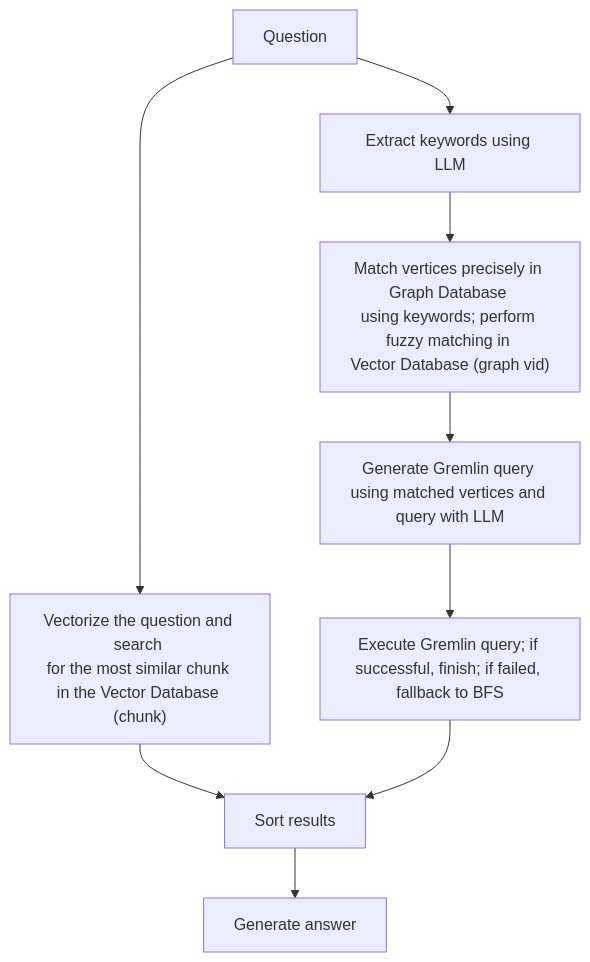
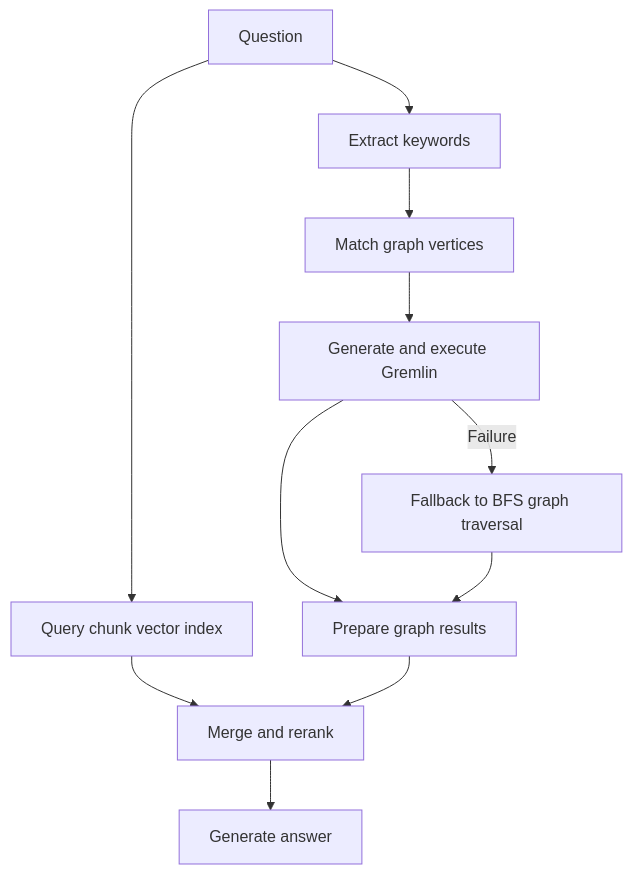
The second of 2 diagrams in docs/quickstart/hugegraph-ai/quick_start/index.md (apache/hugegraph-doc), drawn with Mermaid before and after one commit. The commit also changed other lines of this file and 727 other files, not shown here.

````diff
--- a/docs/quickstart/hugegraph-ai/quick_start/index.md
+++ b/docs/quickstart/hugegraph-ai/quick_start/index.md
@@ -87,13 +29,13 @@
 ```mermaid
-graph TD;
-    A[Question] --> B[Vectorize the question and search \nfor the most similar chunk in the Vector Database &#40chunk&#41]
-
-    A --> F[Extract keywords using LLM]
-    F --> G[Match vertices precisely in Graph Database \nusing keywords; perform fuzzy matching in \nVector Database &#40graph vid&#41]
-    G --> H[Generate Gremlin query using matched vertices and query with LLM]
-    H --> I[Execute Gremlin query; if successful, finish; if failed, fallback to BFS]
-    
-    B --> J[Sort results]
-    I --> J
-    J --> K[Generate answer]
+flowchart TD
+    Q[Question] --> V[Query chunk vector index]
+    Q --> K[Extract keywords]
+    K --> M[Match graph vertices]
+    M --> T[Generate and execute Gremlin]
+    T -->|Failure| B[Fallback to BFS graph traversal]
+    T --> R[Prepare graph results]
+    B --> R
+    V --> S[Merge and rerank]
+    R --> S
+    S --> A[Generate answer]
 ```
````
